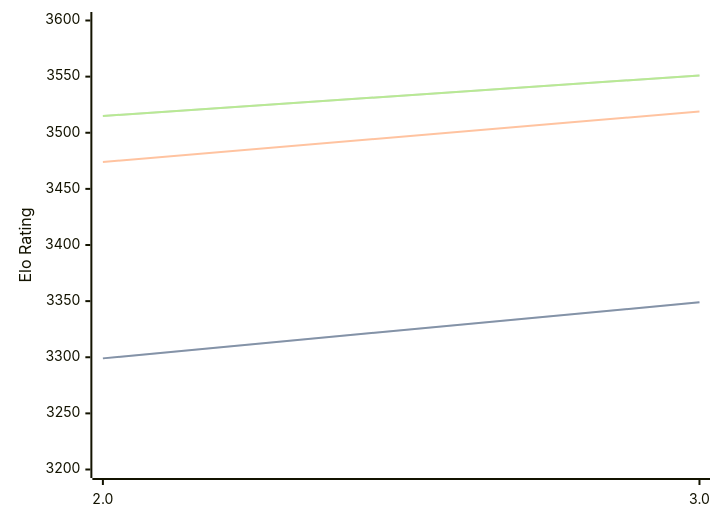
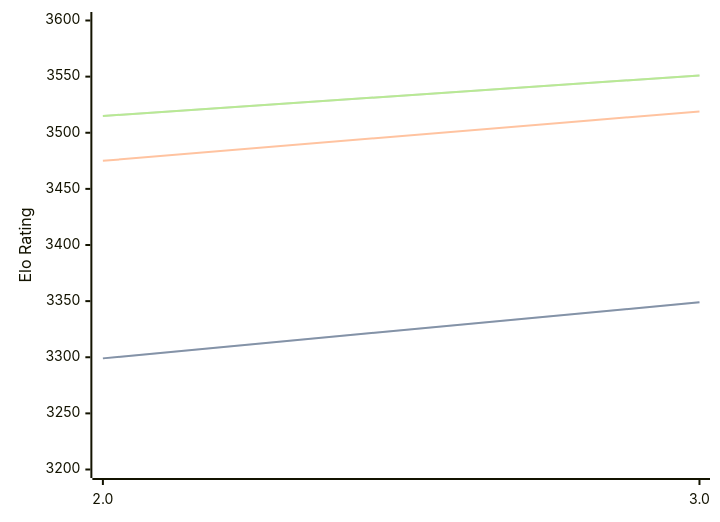
Before and after one commit to computer-chess-index/cci: the diagram in engines/Quanticade.md, drawn with Mermaid. The commit also changed other lines of this file, not shown here.

````diff
--- a/engines/Quanticade.md
+++ b/engines/Quanticade.md
@@ -32,11 +32,11 @@
 ```mermaid
 %%{init: {"theme":"base","themeVariables":{"seriesColors:['#a3a3a3','#222221','#faa371']}}}%%
 xychart-beta
   x-axis ["2.0", "3.0"]
   y-axis "Elo Rating" 3200 --> 3600
   line "" [3299, 3349]
   line "STC (8.0+0.08s)" [3299, 3349]
-  line "LTC (60.0+0.60s)" [3474, 3519]
+  line "LTC (60.0+0.60s)" [3475, 3519]
   line "" [3515, 3551]
   line "VLTC (2m24s+1.12s)" [3515, 3551]
 ```
````
